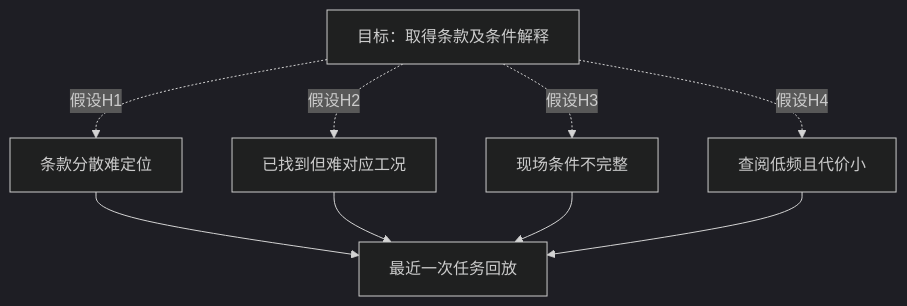
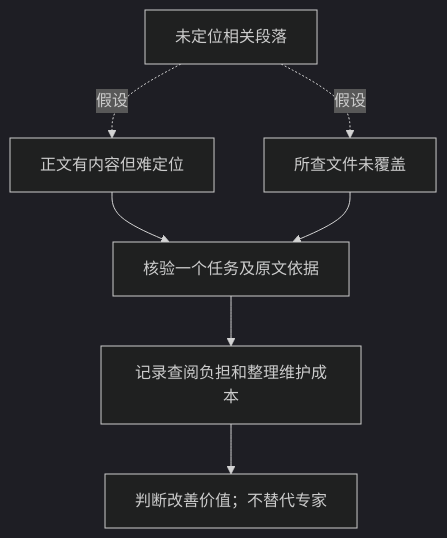
The second of 4 diagrams in examples/cbm-standards/diagrams.md (meiluosi/fde-problem-framing), drawn with Mermaid (dark theme) before and after one commit. The commit also changed other lines of this file and 73 other files, not shown here.

````diff
--- a/examples/cbm-standards/diagrams.md
+++ b/examples/cbm-standards/diagrams.md
@@ -15,11 +16,9 @@
 ```mermaid
 flowchart TD
- A["目标：取得条款及条件解释"] -. "假设H1" .-> B["条款分散难定位"]
- A -. "假设H2" .-> C["已找到但难对应工况"]
- A -. "假设H3" .-> D["现场条件不完整"]
- A -. "假设H4" .-> E["查阅低频且代价小"]
- B --> F["最近一次任务回放"]
- C --> F
- D --> F
- E --> F
+ A["未定位相关段落"] -. "假设" .-> B["正文有内容但难定位"]
+ A -. "假设" .-> C["所查文件未覆盖"]
+ B --> D["核验一个任务及原文依据"]
+ C --> D
+ D --> E["记录查阅负担和整理维护成本"]
+ E --> F["判断改善价值；不替代专家"]
 ```
````
